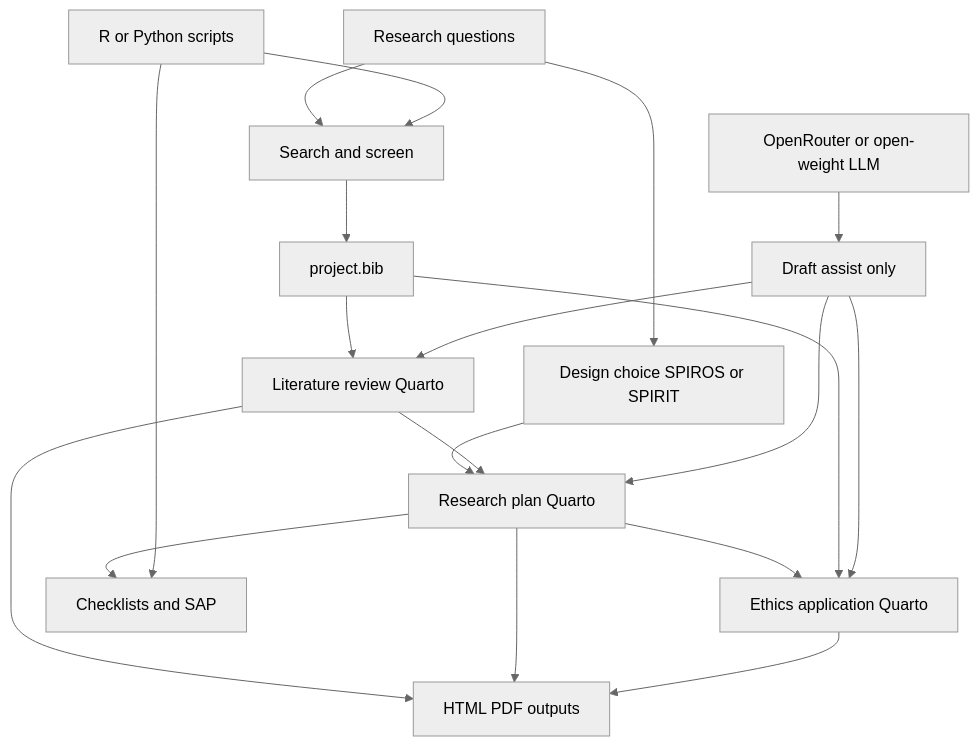
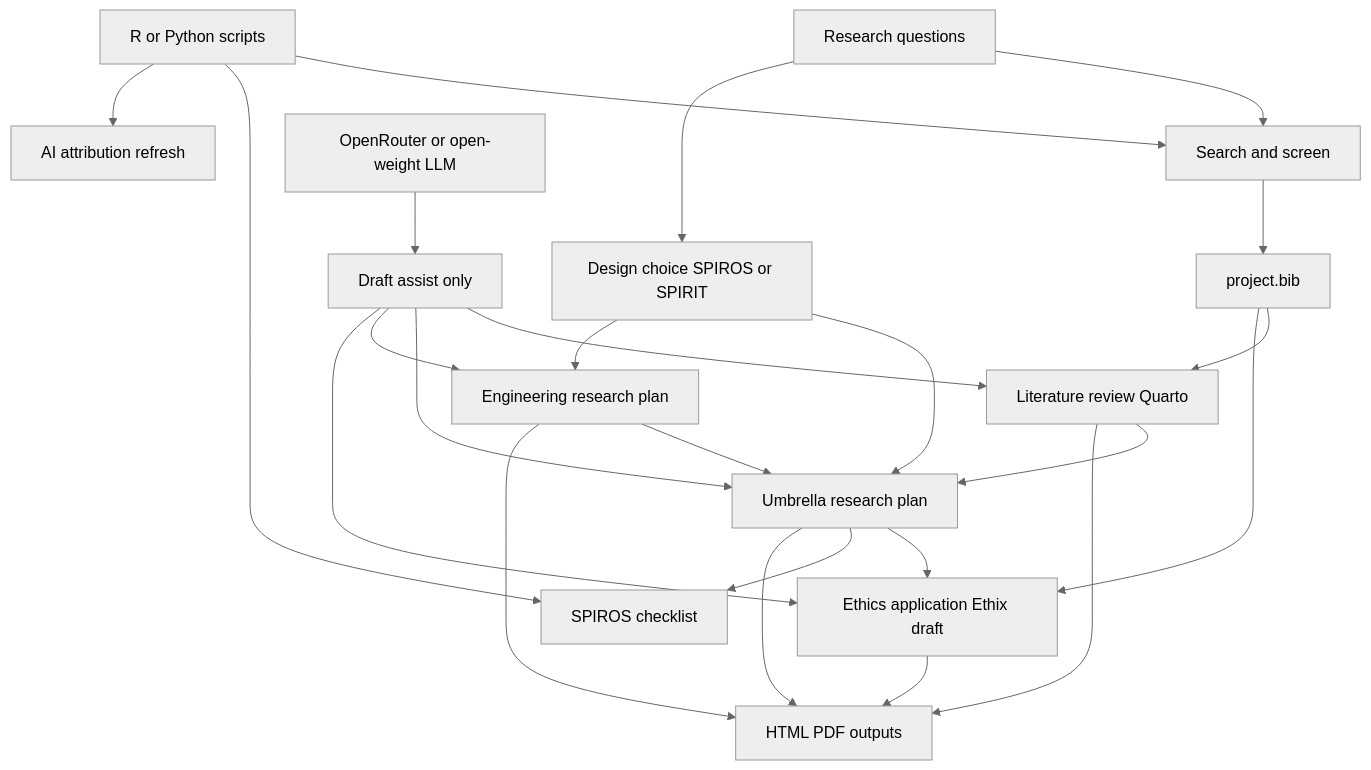
The diagram in docs/plan-research-documents.qmd (martingerdin/personalised-perioperative-management), drawn with Mermaid (neutral theme) before and after one commit. The commit also changed other lines of this file and 10 other files, not shown here.

First line of the commit message:
Split ethics umbrella and engineering plans; add AI attribution ledger

````diff
--- a/docs/plan-research-documents.qmd
+++ b/docs/plan-research-documents.qmd
@@ -215,21 +266,26 @@
 ```mermaid
 flowchart TD
   A[Research questions] --> B[Search and screen]
   B --> C[project.bib]
   C --> D[Literature review Quarto]
   A --> E[Design choice SPIROS or SPIRIT]
-  E --> F[Research plan Quarto]
-  D --> F
-  F --> G[Ethics application Quarto]
+  E --> F1[Umbrella research plan]
+  E --> F2[Engineering research plan]
+  D --> F1
+  F1 --> G[Ethics application Ethix draft]
+  F2 --> F1
   C --> G
-  F --> H[Checklists and SAP]
+  F1 --> H[SPIROS checklist]
   D --> I[HTML PDF outputs]
-  F --> I
+  F1 --> I
+  F2 --> I
   G --> I
   J[R or Python scripts] --> B
   J --> H
-  K[OpenRouter or open-weight LLM] --> L[Draft assist only]
-  L --> D
-  L --> F
-  L --> G
+  J --> K[AI attribution refresh]
+  L[OpenRouter or open-weight LLM] --> M[Draft assist only]
+  M --> D
+  M --> F1
+  M --> F2
+  M --> G
 ```
````
